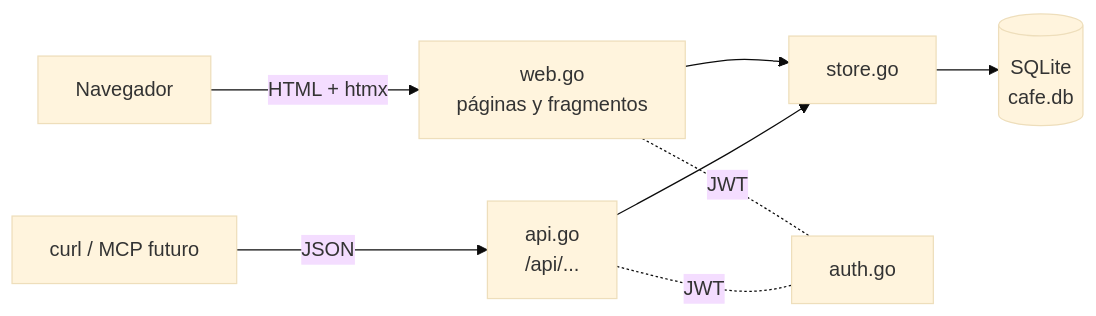
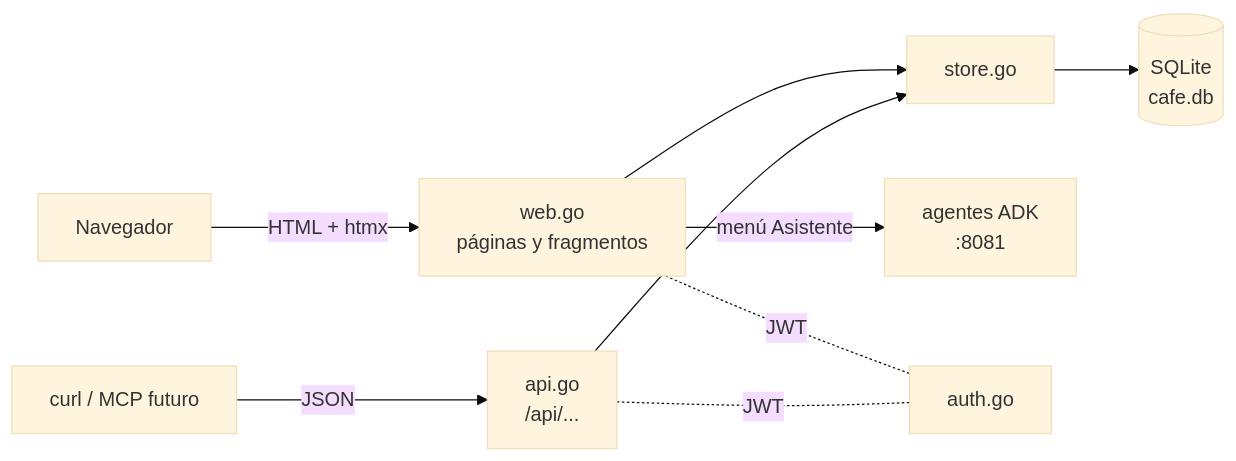
The diagram in cafe_app/app/README.md (alexyslozada/course-adk), drawn with Mermaid (base theme) before and after one commit. The commit also changed other lines of this file and 14 other files, not shown here.

First line of the commit message:
Agrega cafe_app/agents y el menú Asistente (fase 3)

````diff
--- a/cafe_app/app/README.md
+++ b/cafe_app/app/README.md
@@ -5,9 +5,10 @@
 ```mermaid
 graph LR
     N[Navegador] -- "HTML + htmx" --> W[web.go<br/>páginas y fragmentos]
     C[curl / MCP futuro] -- "JSON" --> A[api.go<br/>/api/...]
     W --> S[store.go]
     A --> S
     S --> DB[(SQLite<br/>cafe.db)]
+    W -- "menú Asistente" --> AG[agentes ADK<br/>:8081]
     W & A -. "JWT" .- AU[auth.go]
 ```
````
